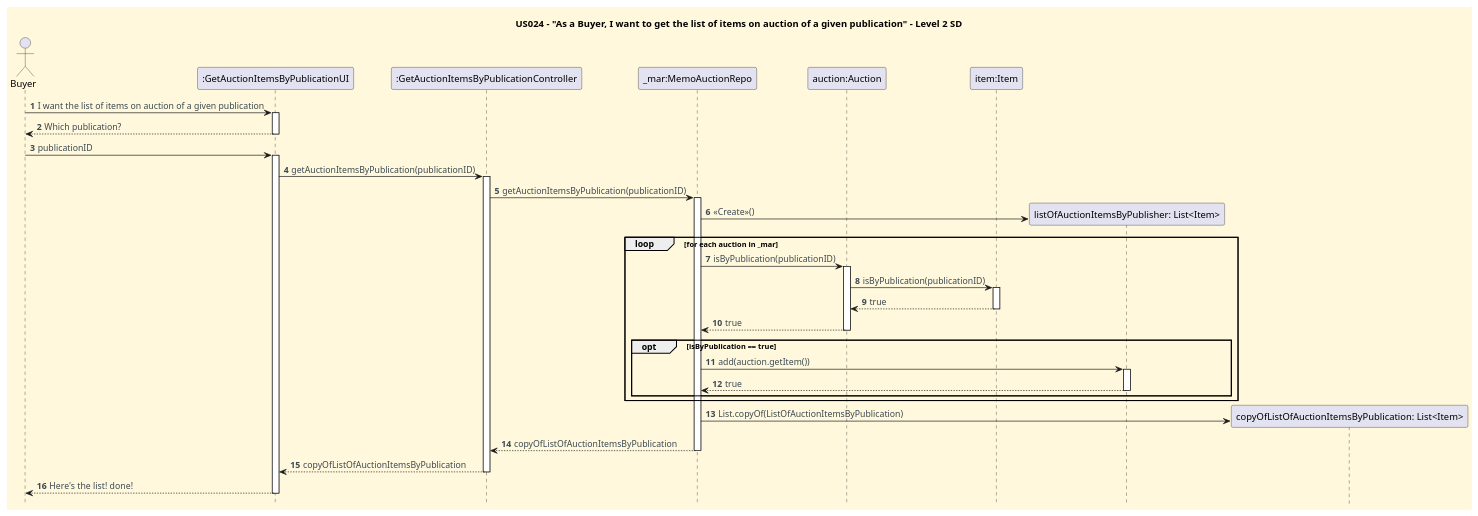
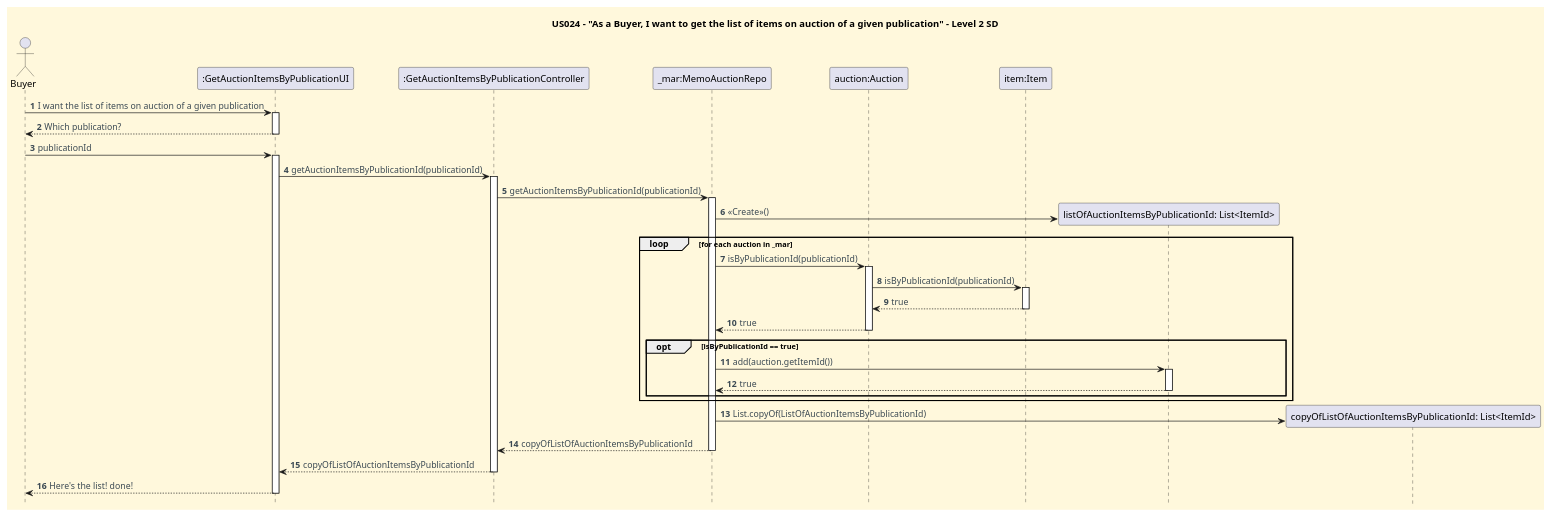
One commit to CarolinaLeite-collab/JavaMarketplacePlatform changed the diagram in docs/user-stories/US024/US024_get_list_of_items_on_auction_of_given_publication_SD_2.puml. Above: the diagram before and after it, drawn with PlantUML. The commit also changed 3 other files, not shown here.

```diff
--- a/docs/user-stories/US024/US024_get_list_of_items_on_auction_of_given_publication_SD_2.puml
+++ b/docs/user-stories/US024/US024_get_list_of_items_on_auction_of_given_publication_SD_2.puml
@@ -1,75 +1,75 @@
 @startuml
 title US024 - "As a Buyer, I want to get the list of items on auction of a given publication" - Level 2 SD
 hidefootbox
 
 '==== basic style ====
 skinparam monochrome false
 skinparam shadowing false
 skinparam defaultFontName Futura
 skinparam objectFontSize 20
 skinparam backgroundColor CornSilk
 skinparam objectBackgroundColor WhiteSmoke
 skinparam noteBackgroundColor #FFFFE0
 skinparam ArrowFontColor #3B4953
 skinparam ActivationBackgroundColor black
 
 autonumber
 autoactivate off
 
 ' --- Actor and participants ---
 actor Buyer
 participant ":GetAuctionItemsByPublicationUI" as UI
 participant ":GetAuctionItemsByPublicationController" as CTL
 participant "_mar:MemoAuctionRepo" as mAR
 participant "auction:Auction" as AU
 participant "item:Item" as IT
 
 
 
 ' --- Dialog ---
 Buyer -> UI: I want the list of items on auction of a given publication
 activate UI
 UI --> Buyer: Which publication?
 deactivate UI
-Buyer -> UI: publicationID
+Buyer -> UI: publicationId
 activate UI
-UI -> CTL: getAuctionItemsByPublication(publicationID)
+UI -> CTL: getAuctionItemsByPublicationId(publicationId)
 activate CTL
-CTL -> mAR: getAuctionItemsByPublication(publicationID)
+CTL -> mAR: getAuctionItemsByPublicationId(publicationId)
 activate mAR
 
-create "listOfAuctionItemsByPublisher: List<Item>" as List
+create "listOfAuctionItemsByPublicationId: List<ItemId>" as List
 mAR -> List: <<Create>>()
 
 loop for each auction in _mar
-    mAR -> AU: isByPublication(publicationID)
+    mAR -> AU: isByPublicationId(publicationId)
     activate AU
-    AU -> IT: isByPublication(publicationID)
+    AU -> IT: isByPublicationId(publicationId)
     activate IT
     IT --> AU: true
     deactivate IT
     AU --> mAR: true
     deactivate AU
 
 
 
-    opt isByPublication == true
-        mAR -> List: add(auction.getItem())
+    opt isByPublicationId == true
+        mAR -> List: add(auction.getItemId())
         activate List
         List --> mAR: true
         deactivate List
     end
 end
 
-create "copyOfListOfAuctionItemsByPublication: List<Item>" as Copy
-mAR -> Copy: List.copyOf(ListOfAuctionItemsByPublication)
+create "copyOfListOfAuctionItemsByPublicationId: List<ItemId>" as Copy
+mAR -> Copy: List.copyOf(ListOfAuctionItemsByPublicationId)
 
 
-mAR --> CTL: copyOfListOfAuctionItemsByPublication
+mAR --> CTL: copyOfListOfAuctionItemsByPublicationId
 deactivate mAR
-CTL --> UI: copyOfListOfAuctionItemsByPublication
+CTL --> UI: copyOfListOfAuctionItemsByPublicationId
 deactivate CTL
 UI --> Buyer: Here's the list! done!
 deactivate UI
 
 @enduml
```
